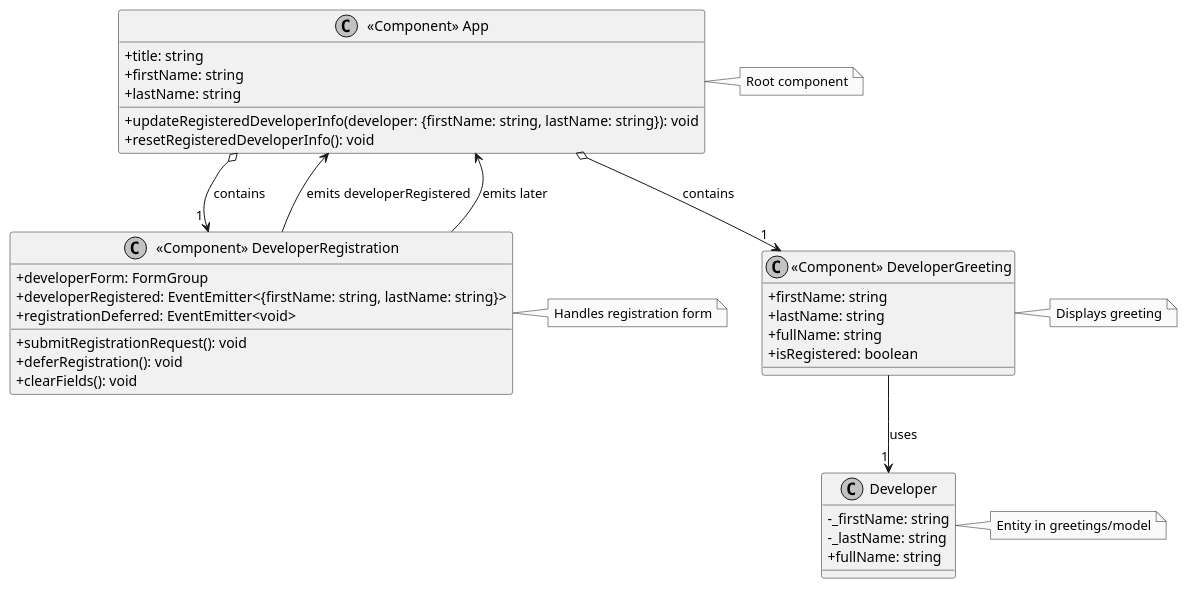
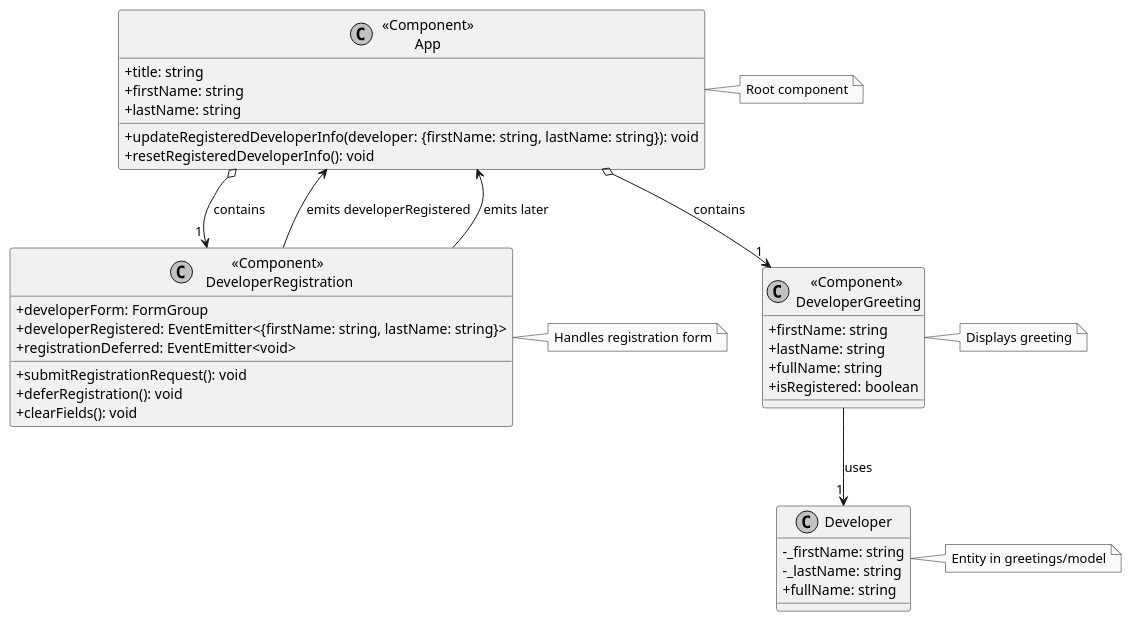
The diagram in docs/class-diagram.puml (upc-pre-202620-1asi0729-7742/hello-angular-developer), drawn with PlantUML before and after one commit.

Commit message:
docs: update class names in diagram.

```diff
--- a/docs/class-diagram.puml
+++ b/docs/class-diagram.puml
@@ -1,63 +1,63 @@
 @startuml
 ' Class Diagram for Hello Angular Developer
 
 ' Skin parameters for a cleaner look
 skinparam monochrome true
 skinparam classAttributeIconSize 0
 
 ' Entities and Components
 class Developer {
   -_firstName: string
   -_lastName: string
   +fullName: string
 }
 
-class "«Component» App" as App {
+class "«Component»\nApp" as App {
   +title: string
   +firstName: string
   +lastName: string
   +updateRegisteredDeveloperInfo(developer: {firstName: string, lastName: string}): void
   +resetRegisteredDeveloperInfo(): void
 }
 
-class "«Component» DeveloperRegistration" as DeveloperRegistration {
+class "«Component»\n DeveloperRegistration" as DeveloperRegistration {
   +developerForm: FormGroup
   +developerRegistered: EventEmitter<{firstName: string, lastName: string}>
   +registrationDeferred: EventEmitter<void>
   +submitRegistrationRequest(): void
   +deferRegistration(): void
   +clearFields(): void
 }
 
-class "«Component» DeveloperGreeting" as DeveloperGreeting {
+class "«Component»\n DeveloperGreeting" as DeveloperGreeting {
   +firstName: string
   +lastName: string
   +fullName: string
   +isRegistered: boolean
 }
 
 ' Relationships
 App o--> "1" DeveloperRegistration : contains
 App o--> "1" DeveloperGreeting : contains
 DeveloperRegistration --> App : emits developerRegistered
 DeveloperRegistration --> App : emits later
 DeveloperGreeting --> "1" Developer : uses
 
 ' Notes
 note right of Developer
   Entity in greetings/model
 end note
 
 note right of App
   Root component
 end note
 
 note right of DeveloperRegistration
   Handles registration form
 end note
 
 note right of DeveloperGreeting
   Displays greeting
 end note
 
 @enduml
```
